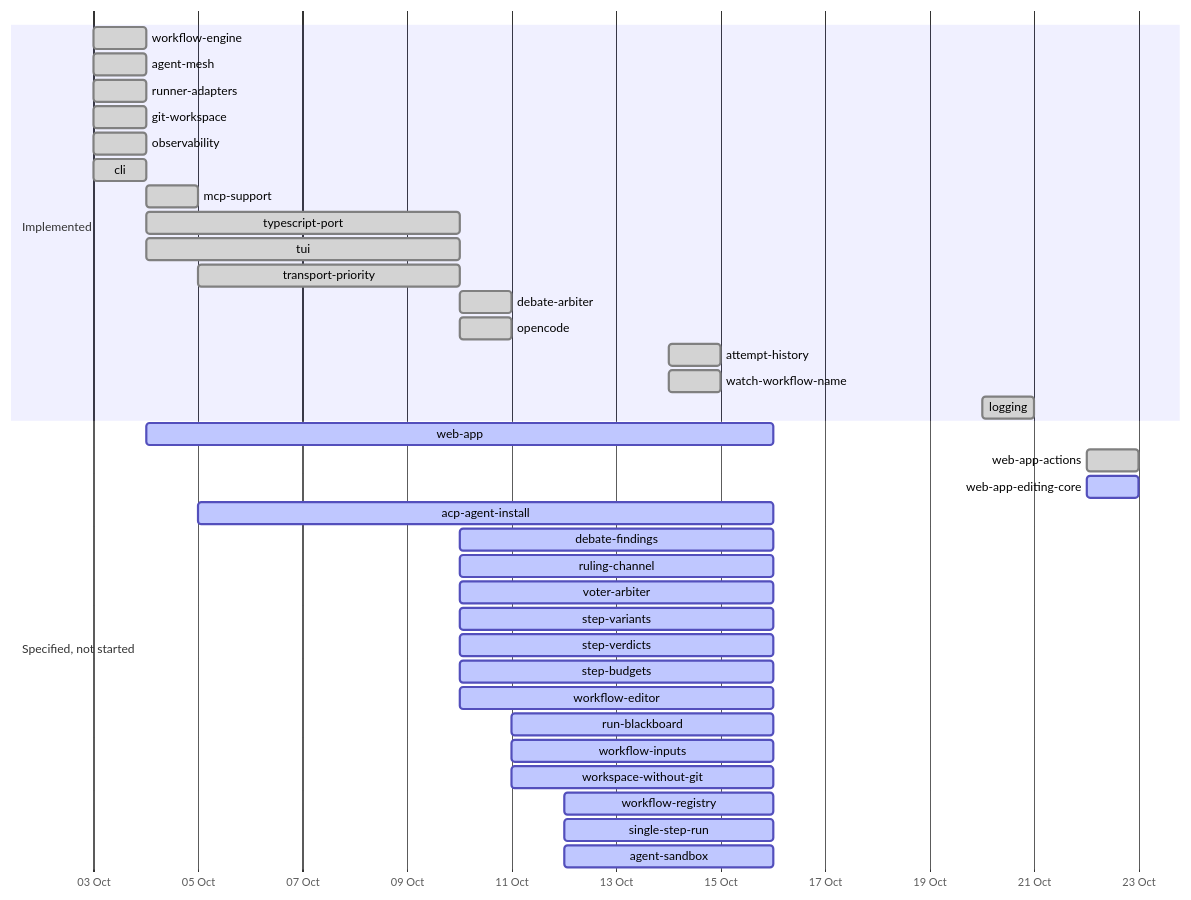
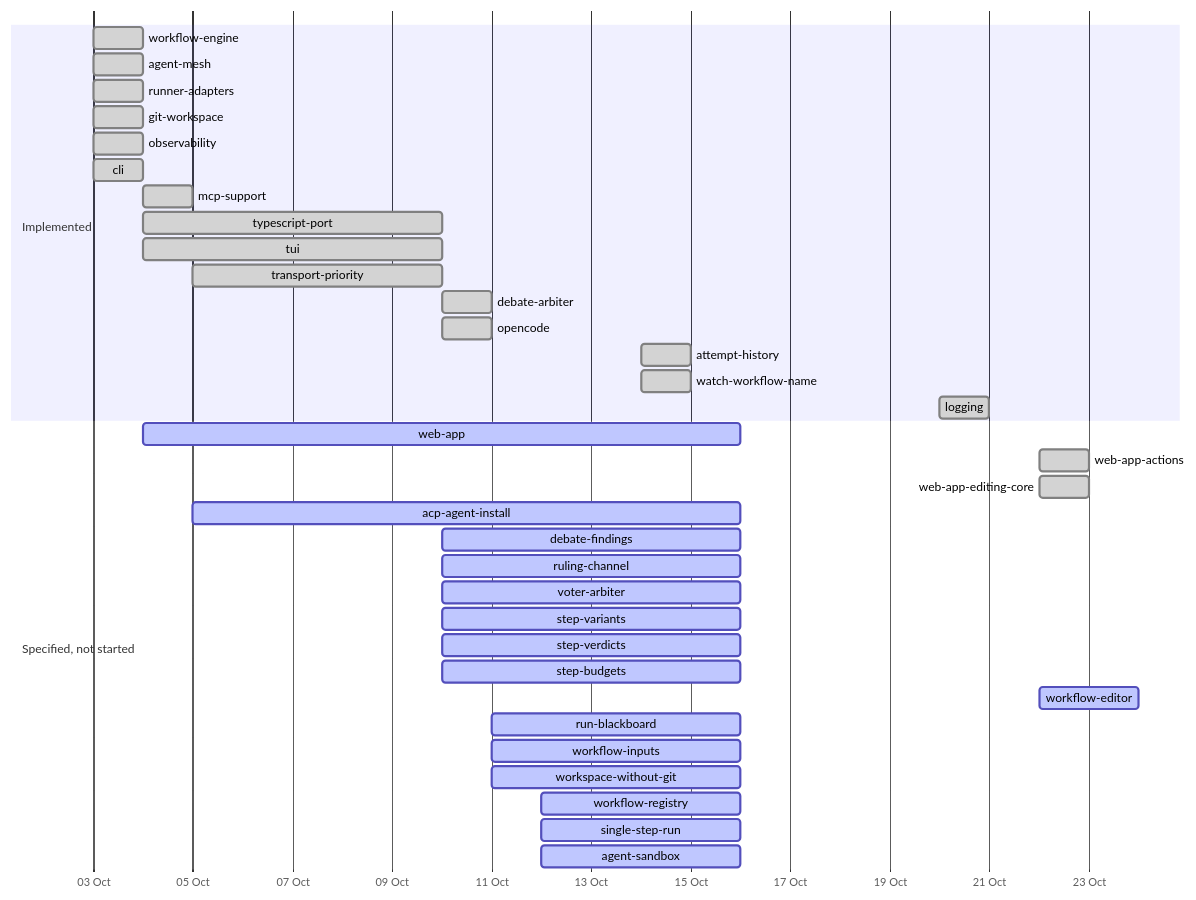
One commit to yaotzin1/indaba changed the second of 2 diagrams in specs/DEPENDENCY_MAP.md. Above: the diagram before and after it, drawn with Mermaid. The commit also changed other lines of this file and 15 other files, not shown here.

First line of the commit message:
feat(engine): WorkflowDocument and the JSON Schema (workflow-editor, part 2 of 3) (#62)

````diff
--- a/specs/DEPENDENCY_MAP.md
+++ b/specs/DEPENDENCY_MAP.md
@@ -71,39 +71,39 @@
 ```mermaid
 gantt
     dateFormat YYYY-MM-DD
     axisFormat %d %b
     section Implemented
     workflow-engine        :done, 2026-10-03, 2026-10-04
     agent-mesh             :done, 2026-10-03, 2026-10-04
     runner-adapters        :done, 2026-10-03, 2026-10-04
     git-workspace          :done, 2026-10-03, 2026-10-04
     observability          :done, 2026-10-03, 2026-10-04
     cli                    :done, 2026-10-03, 2026-10-04
     mcp-support            :done, 2026-10-04, 1d
     typescript-port        :done, 2026-10-04, 2026-10-10
     tui                    :done, 2026-10-04, 2026-10-10
     transport-priority     :done, 2026-10-05, 2026-10-10
     debate-arbiter         :done, 2026-10-10, 1d
     opencode               :done, 2026-10-10, 1d
     attempt-history        :done, 2026-10-14, 1d
     watch-workflow-name    :done, 2026-10-14, 1d
     logging                :done, 2026-10-20, 2026-10-21
     section Specified, not started
     web-app                :active, 2026-10-04, 2026-10-16
     web-app-actions        :done, 2026-10-22, 1d
-    web-app-editing-core   :active, 2026-10-22, 1d
+    web-app-editing-core   :done, 2026-10-22, 1d
     acp-agent-install      :active, 2026-10-05, 2026-10-16
     debate-findings        :active, 2026-10-10, 2026-10-16
     ruling-channel         :active, 2026-10-10, 2026-10-16
     voter-arbiter          :active, 2026-10-10, 2026-10-16
     step-variants          :active, 2026-10-10, 2026-10-16
     step-verdicts          :active, 2026-10-10, 2026-10-16
     step-budgets           :active, 2026-10-10, 2026-10-16
-    workflow-editor        :active, 2026-10-10, 2026-10-16
+    workflow-editor        :active, 2026-10-22, 2d
     run-blackboard         :active, 2026-10-11, 2026-10-16
     workflow-inputs        :active, 2026-10-11, 2026-10-16
     workspace-without-git  :active, 2026-10-11, 2026-10-16
     workflow-registry      :active, 2026-10-12, 2026-10-16
     single-step-run        :active, 2026-10-12, 2026-10-16
     agent-sandbox          :active, 2026-10-12, 2026-10-16
 ```
````
